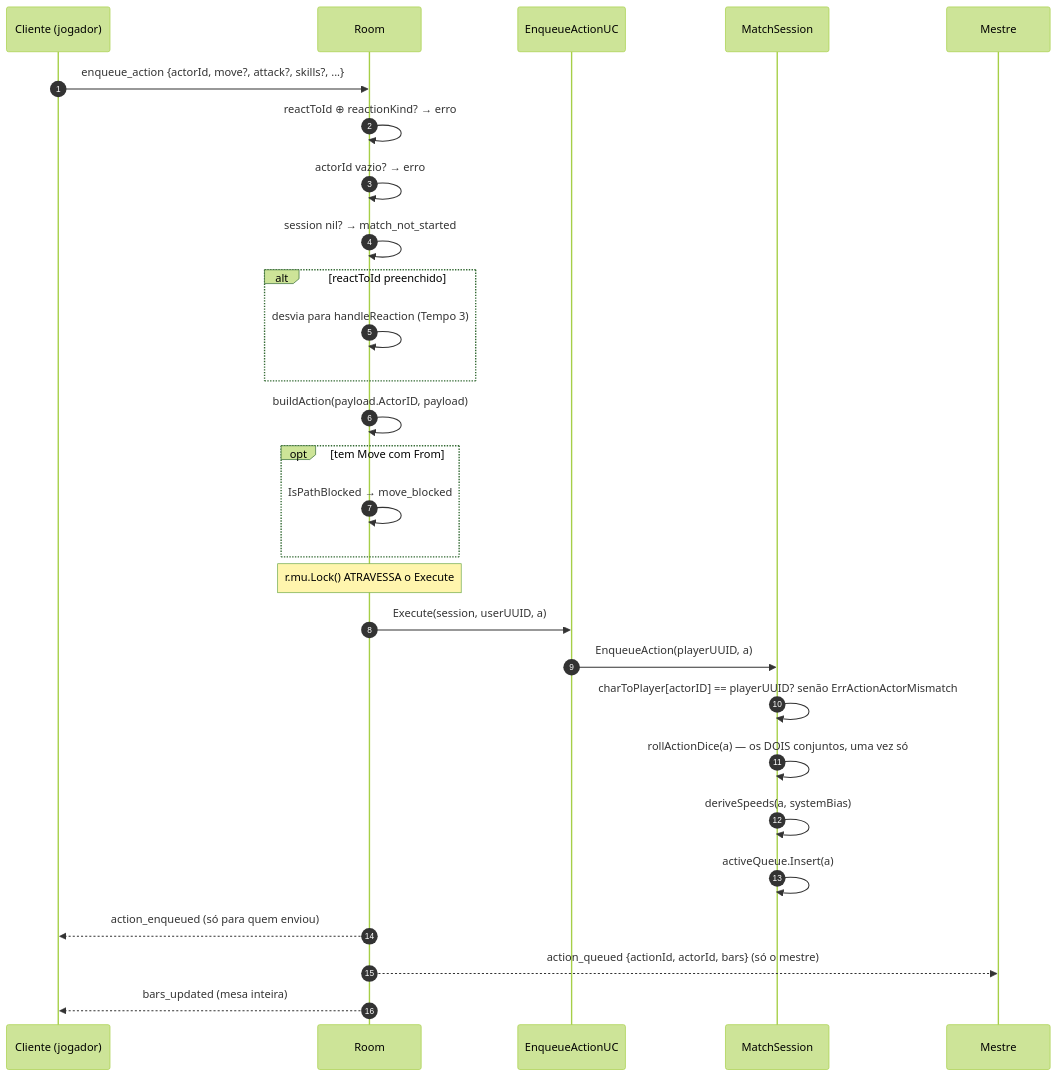
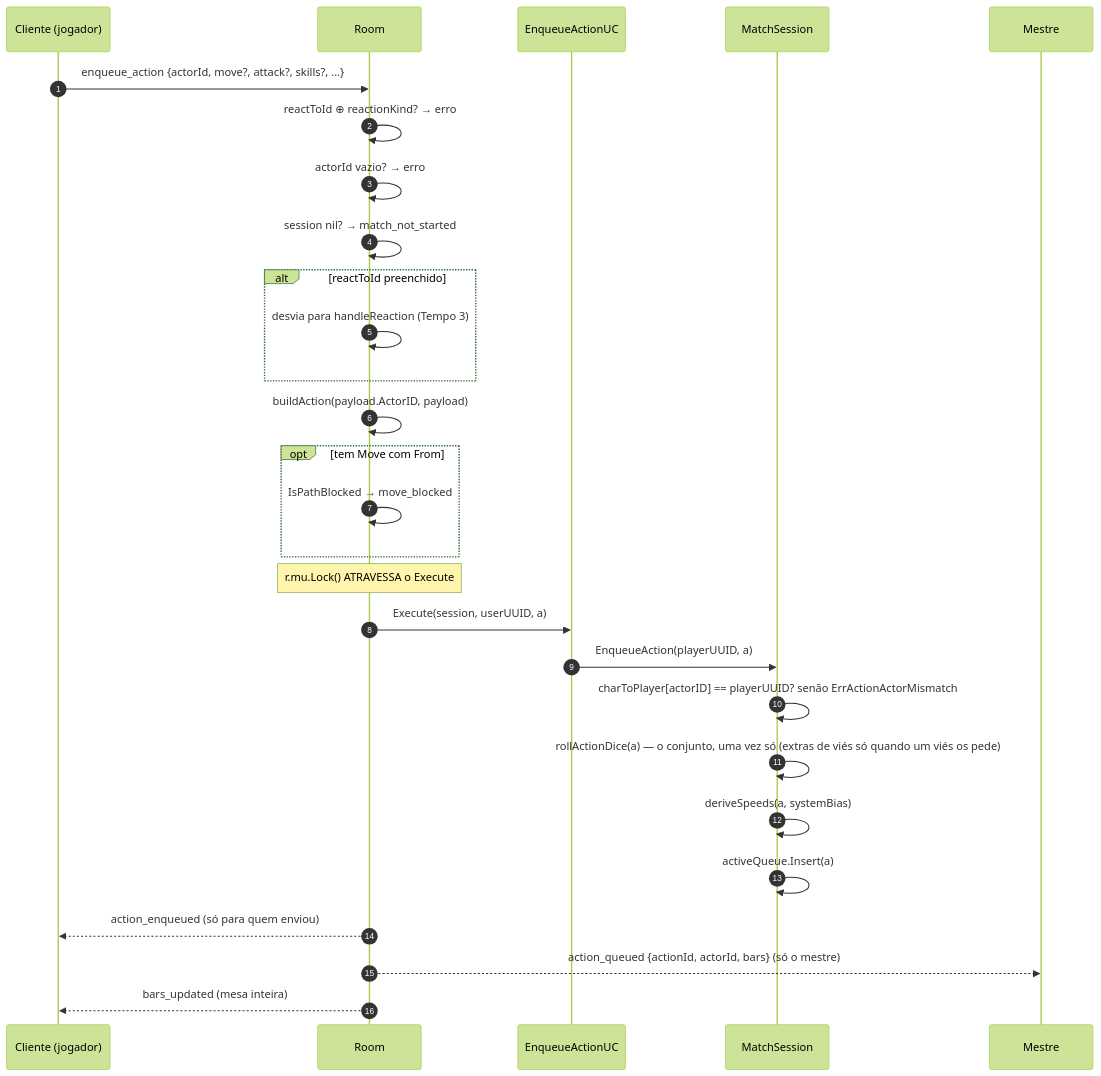
The second of 7 diagrams in docs/dev/match/flows/03-fluxo-de-acao.md (422UR4H/HxH_RPG_System), drawn with Mermaid (forest theme) before and after one commit. The commit also changed 15 other files, not shown here.

````diff
--- a/docs/dev/match/flows/03-fluxo-de-acao.md
+++ b/docs/dev/match/flows/03-fluxo-de-acao.md
@@ -58,31 +58,31 @@
 ```mermaid
 sequenceDiagram
     autonumber
     participant P as Cliente (jogador)
     participant R as Room
     participant UC as EnqueueActionUC
     participant S as MatchSession
     participant M as Mestre
 
     P->>R: enqueue_action {actorId, move?, attack?, skills?, ...}
     R->>R: reactToId ⊕ reactionKind? → erro
     R->>R: actorId vazio? → erro
     R->>R: session nil? → match_not_started
     alt reactToId preenchido
         R->>R: desvia para handleReaction (Tempo 3)
     end
     R->>R: buildAction(payload.ActorID, payload)
     opt tem Move com From
         R->>R: IsPathBlocked → move_blocked
     end
     Note over R: r.mu.Lock() ATRAVESSA o Execute
     R->>UC: Execute(session, userUUID, a)
     UC->>S: EnqueueAction(playerUUID, a)
     S->>S: charToPlayer[actorID] == playerUUID? senão ErrActionActorMismatch
-    S->>S: rollActionDice(a) — os DOIS conjuntos, uma vez só
+    S->>S: rollActionDice(a) — o conjunto, uma vez só (extras de viés só quando um viés os pede)
     S->>S: deriveSpeeds(a, systemBias)
     S->>S: activeQueue.Insert(a)
     R-->>P: action_enqueued  (só para quem enviou)
     R-->>M: action_queued {actionId, actorId, bars}  (só o mestre)
     R-->>P: bars_updated  (mesa inteira)
 ```
````
